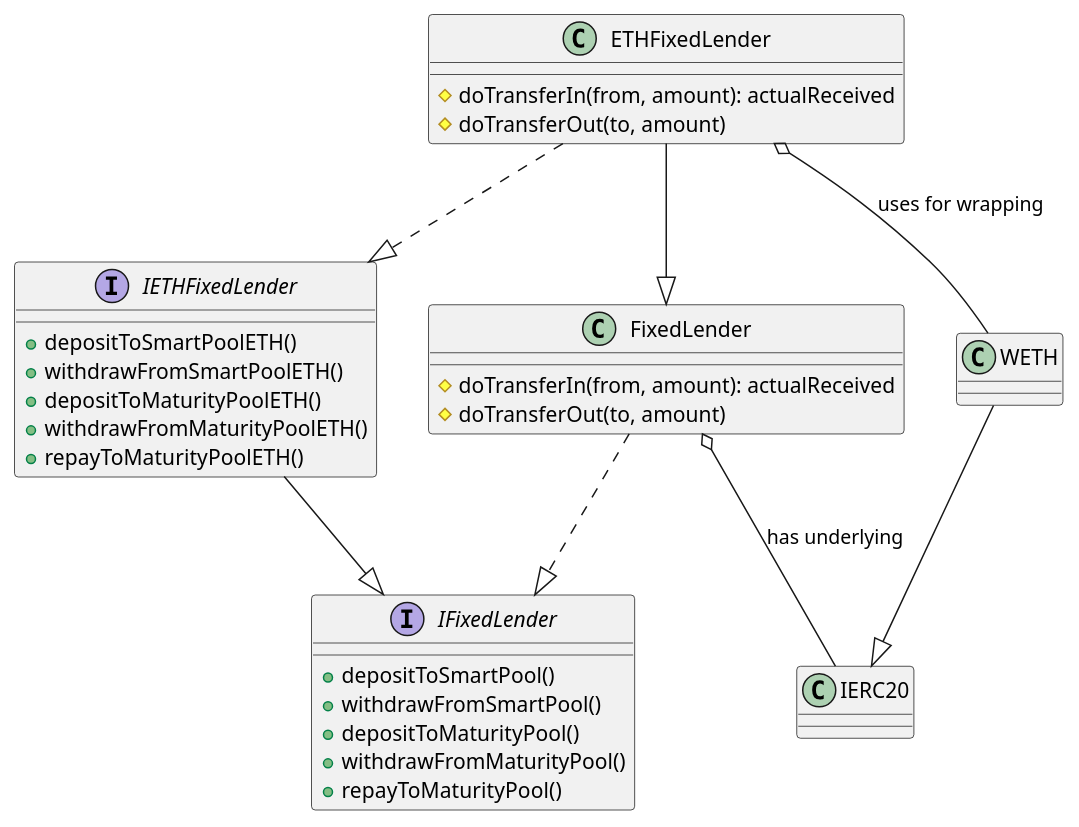
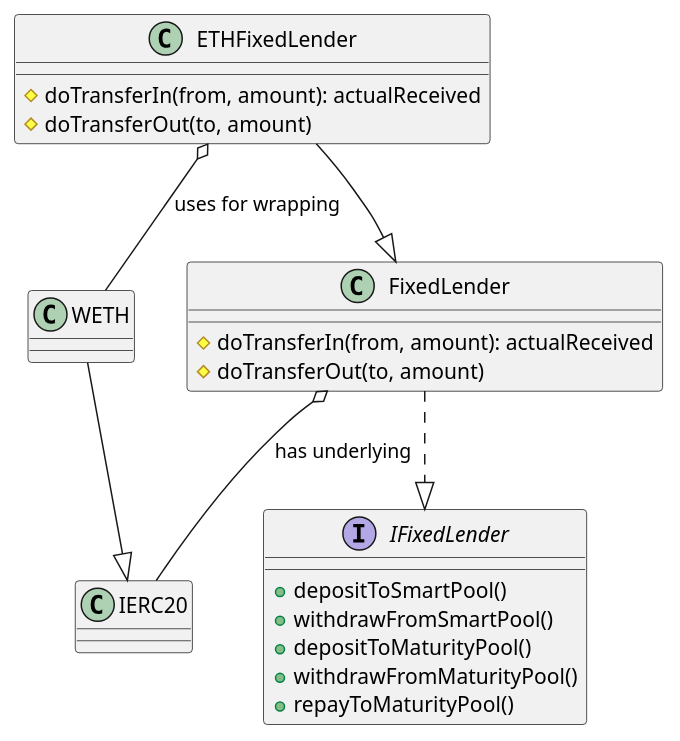
Before and after one commit to exactly/protocol: the fifth of 5 diagrams in docs/ad-hoc-research.rst, drawn with PlantUML. The commit also changed 2 other files, not shown here.

Commit message:
removed unused interface IETHFixedLender

```diff
--- a/docs/ad-hoc-research.rst
+++ b/docs/ad-hoc-research.rst
@@ -317,40 +317,31 @@
 .. uml::
 
     @startuml
 
     interface IFixedLender {
         + depositToSmartPool()
         + withdrawFromSmartPool()
         + depositToMaturityPool()
         + withdrawFromMaturityPool()
         + repayToMaturityPool()
-    }
-    interface IETHFixedLender {
-        + depositToSmartPoolETH()
-        + withdrawFromSmartPoolETH()
-        + depositToMaturityPoolETH()
-        + withdrawFromMaturityPoolETH()
-        + repayToMaturityPoolETH()
     }
     class IERC20 {
     }
     class WETH {
     }
     class FixedLender {
         # doTransferIn(from, amount): actualReceived
         # doTransferOut(to, amount)
     }
     class ETHFixedLender {
         # doTransferIn(from, amount): actualReceived
         # doTransferOut(to, amount)
     }
 
     FixedLender ..|> IFixedLender
-    ETHFixedLender ..|> IETHFixedLender
     FixedLender o-- IERC20 : has underlying
     ETHFixedLender o-- WETH : uses for wrapping
     ETHFixedLender --|> FixedLender
-    IETHFixedLender --|> IFixedLender
     WETH --|> IERC20
 
     @enduml
```
